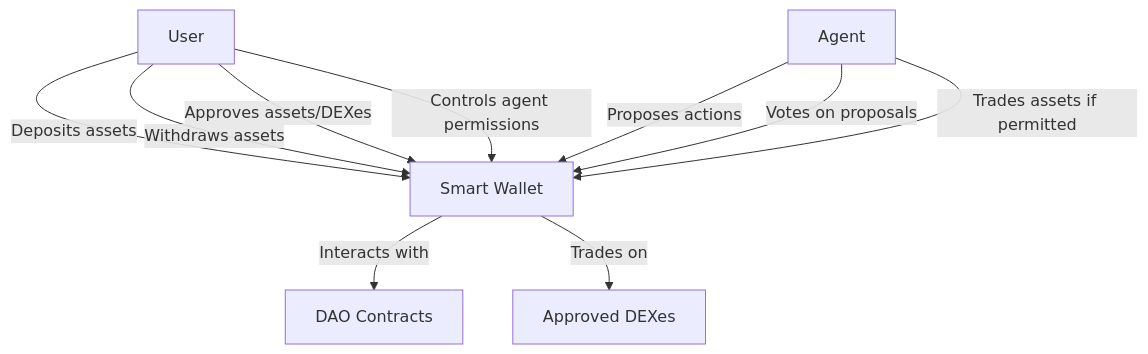
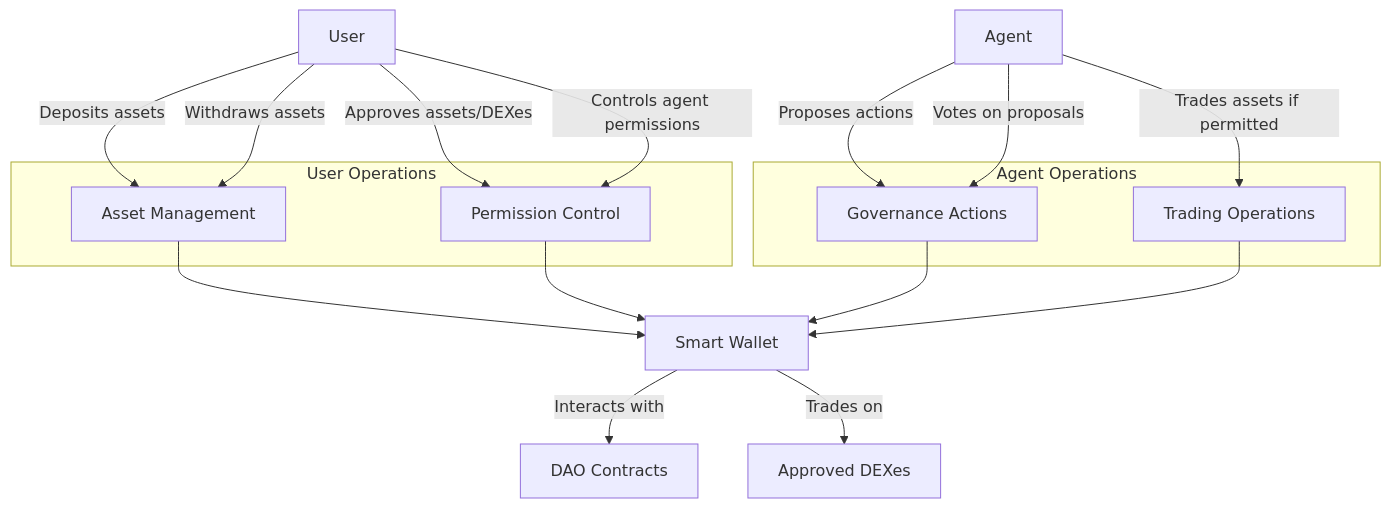
One commit to aibtcdev/aibtcdev-docs changed the diagram in templates/smart-wallet-example.md. Above: the diagram before and after it, drawn with Mermaid. The commit also changed 3 other files, not shown here.

Commit message:
style: update mermaid diagrams to use upfront node definitions and subgraphs

````diff
--- a/templates/smart-wallet-example.md
+++ b/templates/smart-wallet-example.md
@@ -38,12 +38,34 @@
 ```mermaid
 flowchart TD
-    User[User] -->|Deposits assets| SW[Smart Wallet]
-    User -->|Withdraws assets| SW
-    User -->|Approves assets/DEXes| SW
-    User -->|Controls agent permissions| SW
-    Agent[Agent] -->|Proposes actions| SW
-    Agent -->|Votes on proposals| SW
-    Agent -->|Trades assets if permitted| SW
-    SW -->|Interacts with| DAO[DAO Contracts]
-    SW -->|Trades on| DEX[Approved DEXes]
+    A["User"]
+    B["Agent"]
+    C["Smart Wallet"]
+    D["DAO Contracts"]
+    E["Approved DEXes"]
+    
+    subgraph User Operations
+        CA["Asset Management"]
+        CB["Permission Control"]
+    end
+    
+    subgraph Agent Operations
+        CC["Governance Actions"]
+        CD["Trading Operations"]
+    end
+    
+    A -->|"Deposits assets"| CA
+    A -->|"Withdraws assets"| CA
+    A -->|"Approves assets/DEXes"| CB
+    A -->|"Controls agent permissions"| CB
+    B -->|"Proposes actions"| CC
+    B -->|"Votes on proposals"| CC
+    B -->|"Trades assets if permitted"| CD
+    
+    CA --> C
+    CB --> C
+    CC --> C
+    CD --> C
+    
+    C -->|"Interacts with"| D
+    C -->|"Trades on"| E
 ```
````
